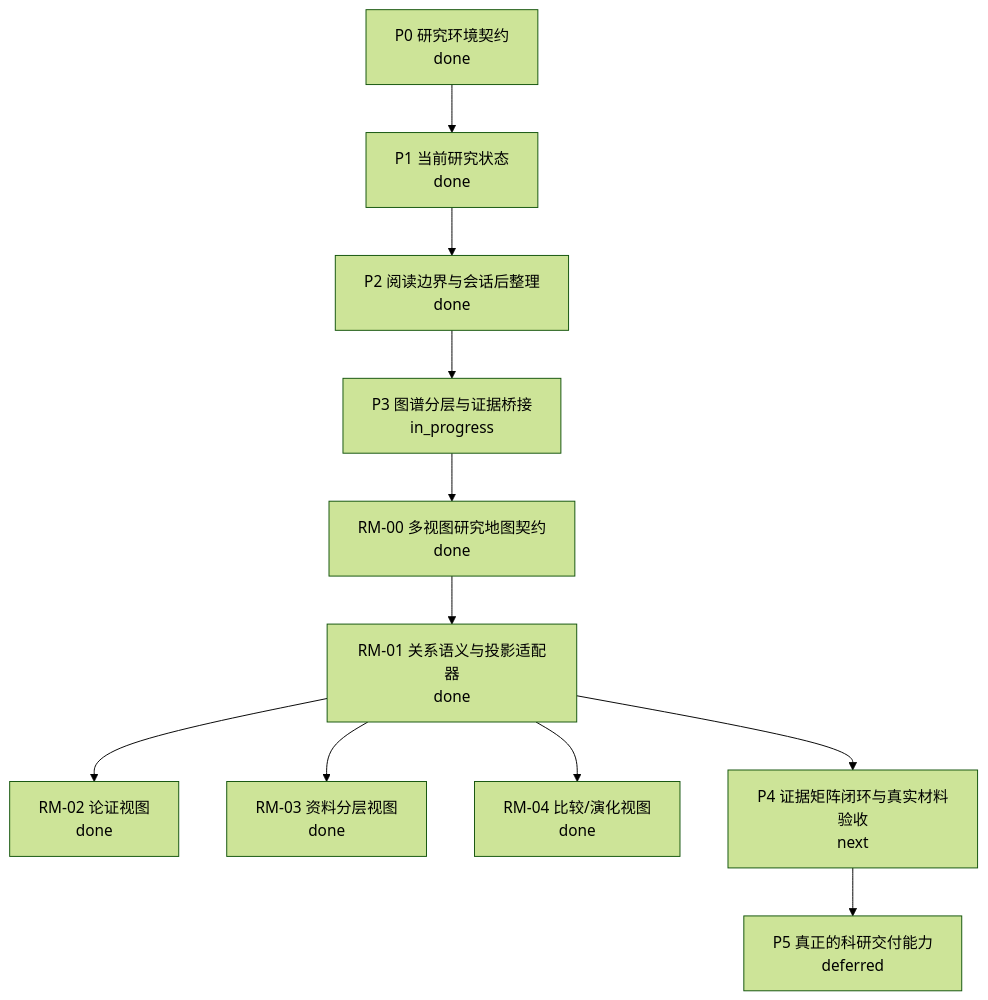
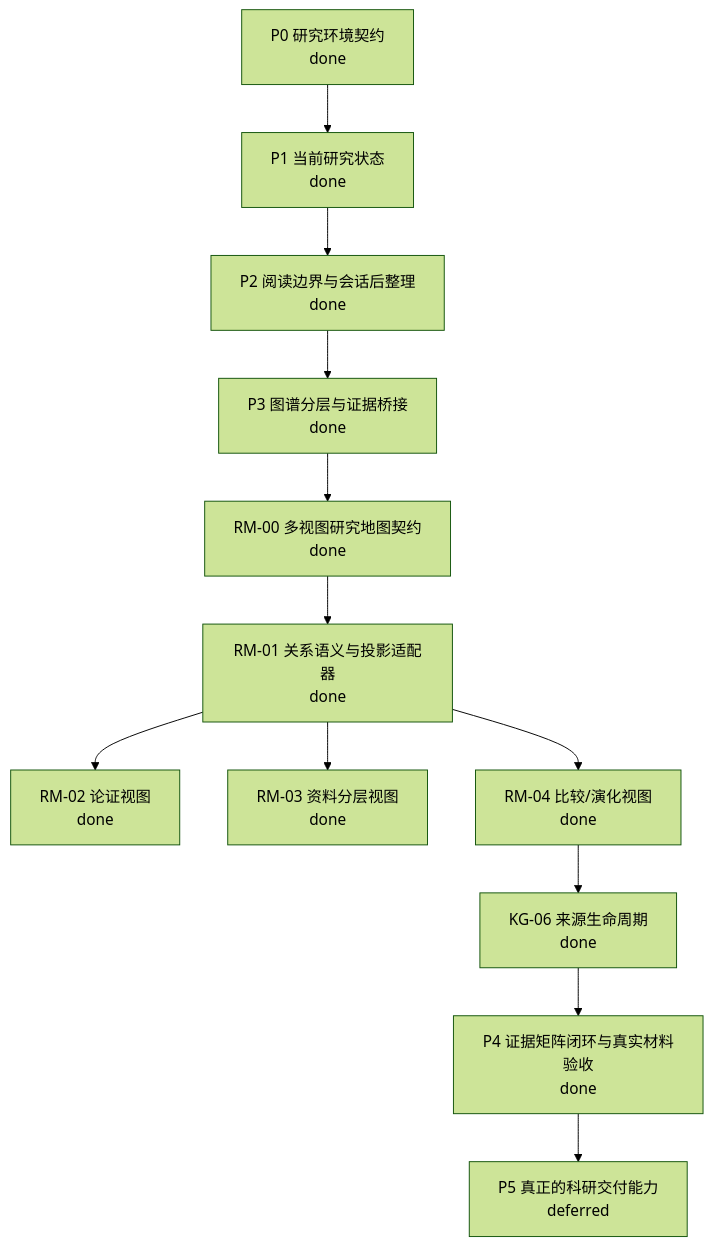
Before and after one commit to XXY-CH/Cognoscope: the second of 3 diagrams in docs/GRAPH_ENGINEERING.md, drawn with Mermaid (forest theme). The commit also changed other lines of this file and 6 other files, not shown here.

````diff
--- a/docs/GRAPH_ENGINEERING.md
+++ b/docs/GRAPH_ENGINEERING.md
@@ -89,13 +90,14 @@
 ```mermaid
 flowchart TD
   P0["P0 研究环境契约\ndone"] --> P1["P1 当前研究状态\ndone"]
   P1 --> P2["P2 阅读边界与会话后整理\ndone"]
-  P2 --> P3["P3 图谱分层与证据桥接\nin_progress"]
+  P2 --> P3["P3 图谱分层与证据桥接\ndone"]
   P3 --> RM0["RM-00 多视图研究地图契约\ndone"]
   RM0 --> RM1["RM-01 关系语义与投影适配器\ndone"]
   RM1 --> RM2["RM-02 论证视图\ndone"]
   RM1 --> RM3["RM-03 资料分层视图\ndone"]
   RM1 --> RM4["RM-04 比较/演化视图\ndone"]
-  RM1 --> P4["P4 证据矩阵闭环与真实材料验收\nnext"]
+  RM4 --> KG6["KG-06 来源生命周期\ndone"]
+  KG6 --> P4["P4 证据矩阵闭环与真实材料验收\ndone"]
   P4 --> P5["P5 真正的科研交付能力\ndeferred"]
 ```
````
